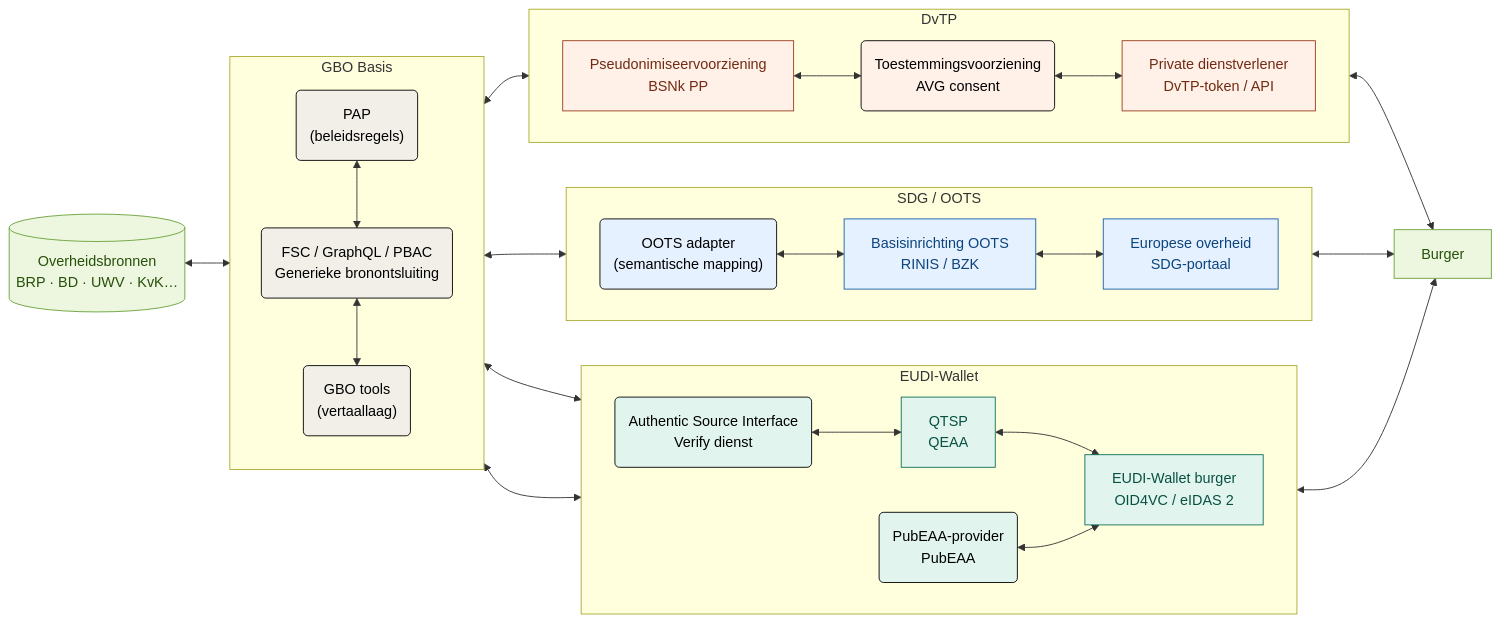
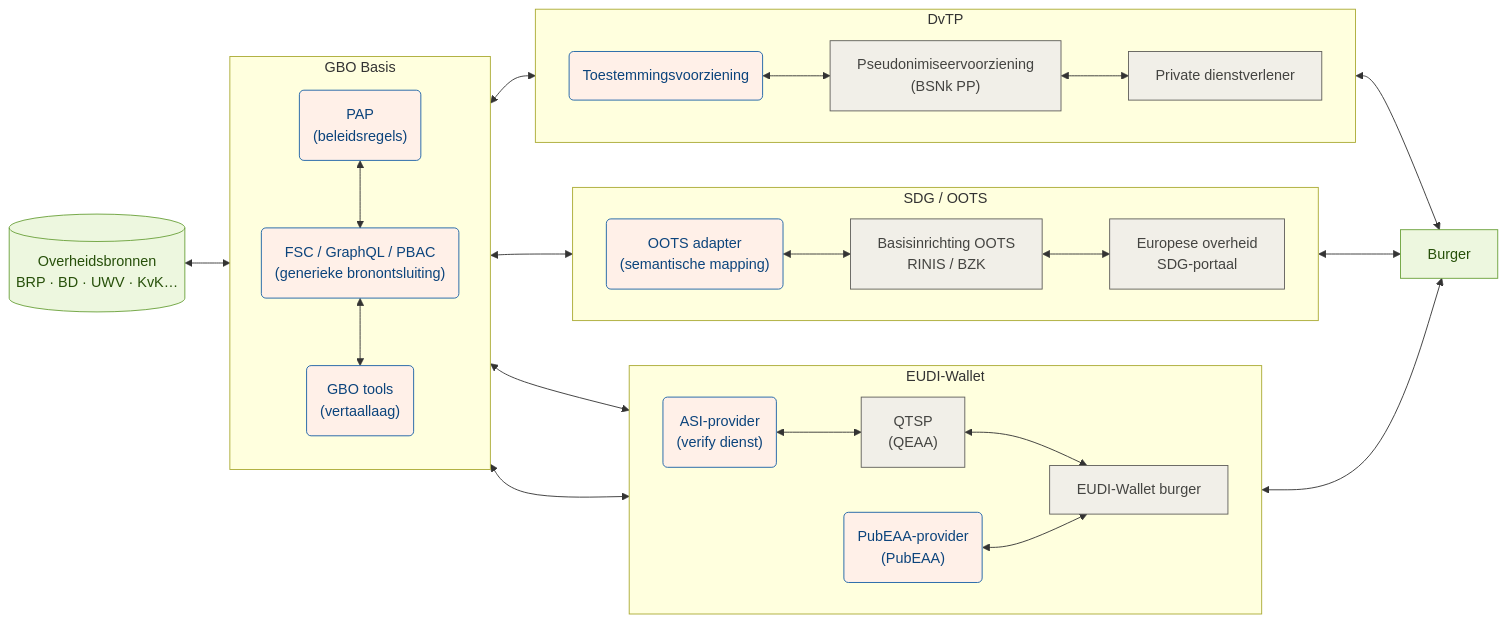
The diagram in docs/diagrammen/gbo_swimlanes.mmd (ICTU/GBO), drawn with Mermaid before and after one commit. The commit also changed 1 other file, not shown here.

Commit message:
Swimlanes opzet

````diff
--- a/docs/diagrammen/gbo_swimlanes.mmd
+++ b/docs/diagrammen/gbo_swimlanes.mmd
@@ -1,63 +1,59 @@
 ``` mermaid
 
 flowchart LR
   %% Kolommen: Bronhouders <--> Generieke bronontsluiting <--> Stroomspecifieke voorziening <--> Afnemer
   bron[("Overheidsbronnen<br/>BRP · BD · UWV · KvK…")]:::bron
 
     subgraph gbo["GBO Basis"]
         direction TB
-        fsc_pap("PAP<br />(beleidsregels)"):::generiek-gbo
-        fsc("FSC / GraphQL / PBAC<br/>Generieke bronontsluiting"):::generiek-gbo
-        fsc_tools("GBO tools<br />(vertaallaag)"):::generiek-gbo
+        fsc_pap("PAP<br />(beleidsregels)"):::gbo
+        fsc("FSC / GraphQL / PBAC<br/>(generieke bronontsluiting)"):::gbo
+        fsc_tools("GBO tools<br />(vertaallaag)"):::gbo
         fsc_pap <--> fsc
         fsc <--> fsc_tools
     end
 
     bron <--> gbo
 
     subgraph eudi["EUDI-Wallet"]
       direction LR
-      eudi_asi("Authentic Source Interface<br/>Verify dienst"):::eudi-gbo
-      eudi_pubeaa("PubEAA-provider<br/>PubEAA"):::eudi-gbo
-      eudi_qeaa["QTSP<br/>QEAA"]:::eudi
-      eudi_wallet["EUDI-Wallet burger<br/>OID4VC / eIDAS 2"]:::eudi
-
+      eudi_asi("ASI-provider<br/>(verify dienst)"):::gbo
+      eudi_pubeaa("PubEAA-provider<br/>(PubEAA)"):::gbo
+      eudi_qeaa["QTSP<br/>(QEAA)"]:::eudi
+      eudi_wallet["EUDI-Wallet burger"]:::eudi
       eudi_asi <--> eudi_qeaa <--> eudi_wallet
     end
     gbo <--> eudi_asi
     gbo <--> eudi_pubeaa <--> eudi_wallet
 
     subgraph oots["SDG / OOTS"]
       direction LR
-      oots_adapter("OOTS adapter<br />(semantische mapping)"):::oots-gbo
+      oots_adapter("OOTS adapter<br />(semantische mapping)"):::gbo
       oots_basis["Basisinrichting OOTS<br/>RINIS / BZK"]:::oots
       oots_afnemer["Europese overheid<br/>SDG-portaal"]:::oots
     end
     gbo <--> oots_adapter <--> oots_basis <--> oots_afnemer
 
     subgraph dvtp["DvTP"]
       direction LR
-      dvtp_pseudoniem["Pseudonimiseervoorziening<br/>BSNk PP"]:::dvtp
-      dvtp_toestemming("Toestemmingsvoorziening<br/>AVG consent"):::dvtp-gbo
-      dvtp_afnemer["Private dienstverlener<br/>DvTP-token / API"]:::dvtp
+      dvtp_toestemming("Toestemmingsvoorziening"):::gbo
+      dvtp_pseudoniem["Pseudonimiseervoorziening<br/>(BSNk PP)"]:::dvtp
+      dvtp_afnemer["Private dienstverlener"]:::dvtp
 
     end
-    gbo <--> dvtp_pseudoniem <--> dvtp_toestemming <--> dvtp_afnemer
+    gbo <--> dvtp_toestemming <--> dvtp_pseudoniem <--> dvtp_afnemer
 
     burger["Burger"]:::burger
     eudi_wallet <--> burger
     oots_afnemer <--> burger
     dvtp_afnemer <--> burger
 
   classDef bron fill:#edf7df,stroke:#6aa13a,color:#27500a
   classDef generiek fill:#f1efe8,stroke:#5f5e5a,color:#444441
-  classDef eudi fill:#e1f5ee,stroke:#0f6e56,color:#085041
-  classDef oots fill:#e6f1ff,stroke:#185fa5,color:#0c447c
-  classDef dvtp fill:#fff0e8,stroke:#993c1d,color:#712b13
-  classDef generiek-gbo fill:#f1efe8,stroke:#000000,color:#000000
-  classDef eudi-gbo fill:#e1f5ee,stroke:#000000,color:#000000
-  classDef oots-gbo fill:#e6f1ff,stroke:#000000,color:#000000
-  classDef dvtp-gbo fill:#fff0e8,stroke:#000000,color:#000000
+  classDef eudi fill:#f1efe8,stroke:#5f5e5a,color:#444441
+  classDef oots fill:#f1efe8,stroke:#5f5e5a,color:#444441
+  classDef dvtp fill:#f1efe8,stroke:#5f5e5a,color:#444441
+  classDef gbo fill:#fff0e8,stroke:#185fa5,color:#0c447c
   classDef burger fill:#edf7df,stroke:#6aa13a,color:#27500a
 
 ```
````
